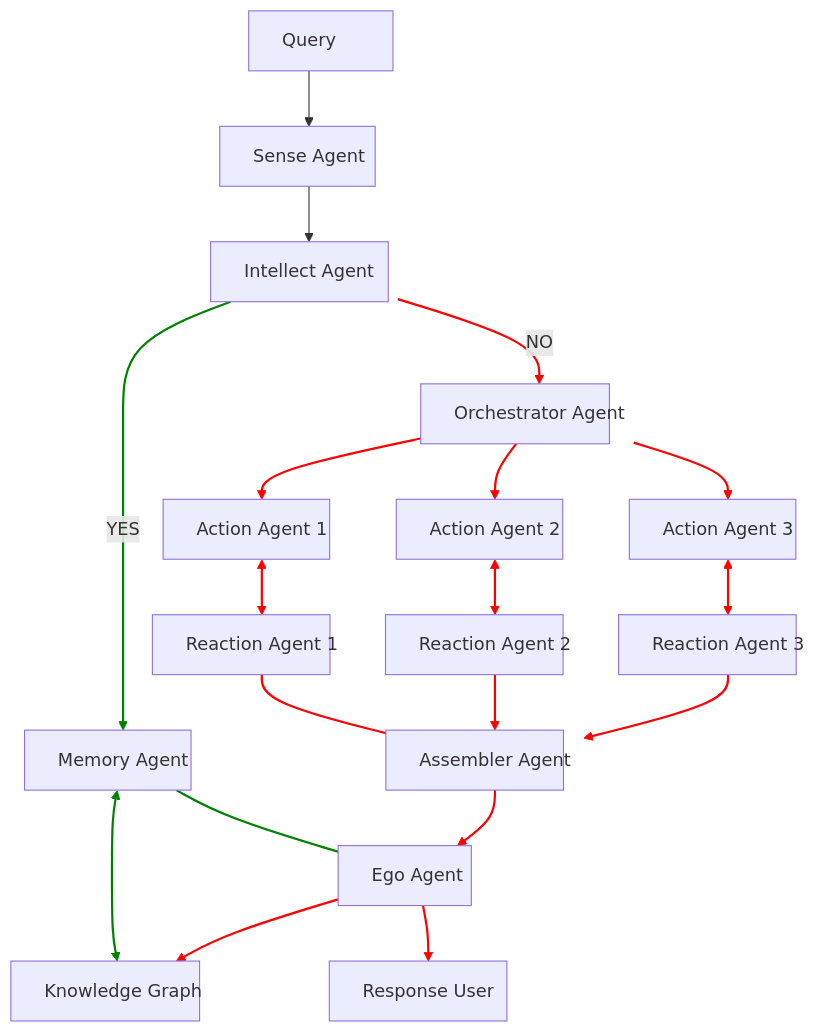
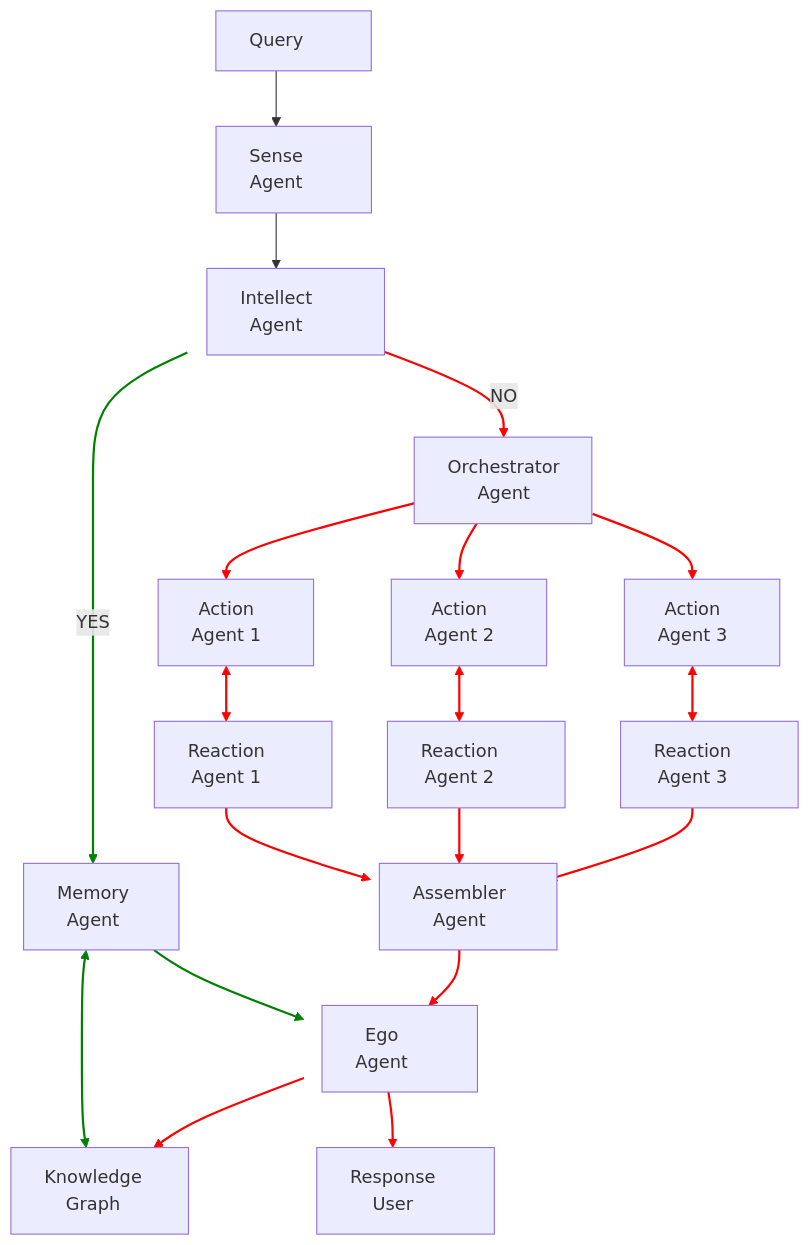
One commit to Mindverse-Computing/algoverse changed the diagram in README.md. Above: the diagram before and after it, drawn with Mermaid.

````diff
--- a/README.md
+++ b/README.md
@@ -78,58 +78,58 @@
 ```mermaid
 graph TD
-  A[Query] --> S[Sense Agent]
-  S --> I[Intellect Agent]
-  I -- YES --> M[Memory Agent]
-  M <--> G[Knowledge Graph]
-  M --> E[Ego Agent]
-  I -- NO --> O[Orchestrator Agent]
-  O --> A1[Action Agent 1]
-  O --> A2[Action Agent 2]
-  O --> A3[Action Agent 3]
-  A1 <--> R1[Reaction Agent 1]
-  A2 <--> R2[Reaction Agent 2]
-  A3 <--> R3[Reaction Agent 3]
-  R1 --> AA[Assembler Agent]
+  A[Query] --> S[Sense<br>Agent]
+  S --> I[Intellect<br>Agent]
+  I -- YES --> M[Memory<br>Agent]
+  M <--> G[Knowledge<br>Graph]
+  M --> E[Ego<br>Agent]
+  I -- NO --> O[Orchestrator<br>Agent]
+  O --> A1[Action<br>Agent 1]
+  O --> A2[Action<br>Agent 2]
+  O --> A3[Action<br>Agent 3]
+  A1 <--> R1[Reaction<br>Agent 1]
+  A2 <--> R2[Reaction<br>Agent 2]
+  A3 <--> R3[Reaction<br>Agent 3]
+  R1 --> AA[Assembler<br>Agent]
   R2 --> AA
   R3 --> AA
   AA --> E
   E --> G
-  E --> U[Response User]
+  E --> U[Response<br>User]
 
   %% Styling green paths (YES path)
   linkStyle 2 stroke:green,stroke-width:2px      
   linkStyle 3 stroke:green,stroke-width:2px      
   linkStyle 4 stroke:green,stroke-width:2px      
 
   %% Styling red paths (NO path)
   linkStyle 5 stroke:red,stroke-width:2px       
   linkStyle 6 stroke:red,stroke-width:2px        
   linkStyle 7 stroke:red,stroke-width:2px        
   linkStyle 8 stroke:red,stroke-width:2px        
   linkStyle 9 stroke:red,stroke-width:2px        
   linkStyle 10 stroke:red,stroke-width:2px       
   linkStyle 11 stroke:red,stroke-width:2px       
   linkStyle 12 stroke:red,stroke-width:2px       
   linkStyle 13 stroke:red,stroke-width:2px       
   linkStyle 14 stroke:red,stroke-width:2px       
   linkStyle 15 stroke:red,stroke-width:2px       
   linkStyle 16 stroke:red,stroke-width:2px       
   linkStyle 17 stroke:red,stroke-width:2px       
 
-  %% Force wider node sizes to prevent text cut-off
-  style A width:130px
+  %% Force wider node styles to prevent cut-off
+  style A width:140px
   style S width:140px
   style I width:160px
-  style M width:150px
-  style G width:170px
-  style E width:120px
-  style O width:170px
-  style A1 width:150px
-  style A2 width:150px
-  style A3 width:150px
+  style M width:140px
+  style G width:160px
+  style E width:140px
+  style O width:160px
+  style A1 width:140px
+  style A2 width:140px
+  style A3 width:140px
   style R1 width:160px
   style R2 width:160px
   style R3 width:160px
   style AA width:160px
   style U width:160px          
 ```
````
